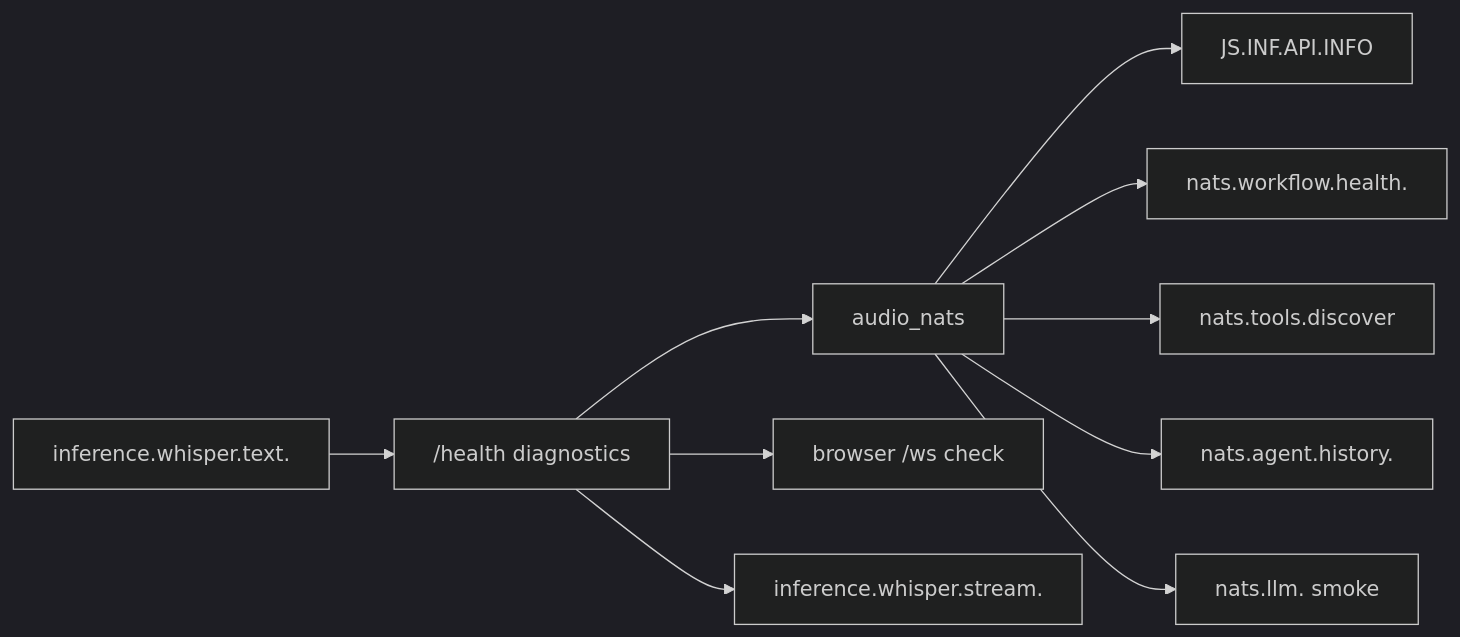
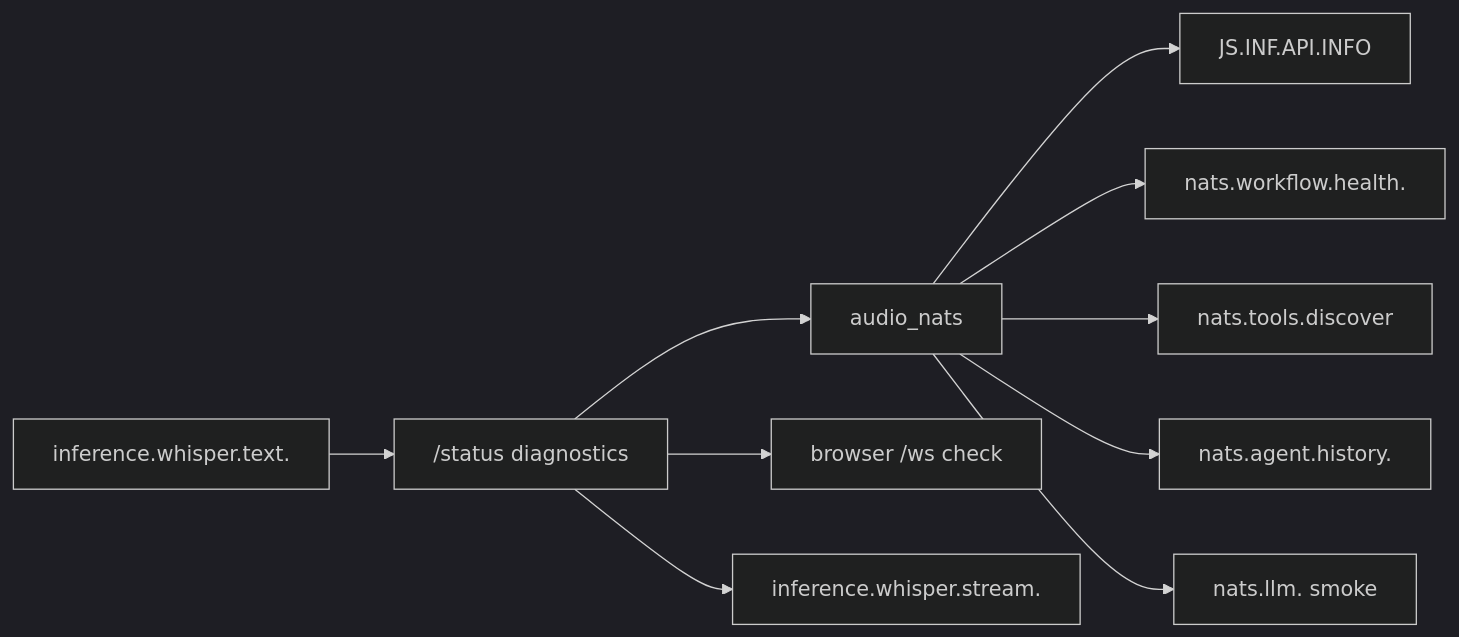
The diagram in DOCS/NATS.md (komaroffsergei/webrtc-komaroff), drawn with Mermaid (dark theme) before and after one commit. The commit also changed other lines of this file and 6 other files, not shown here.

Commit message:
Route status diagnostics through whisper service

````diff
--- a/DOCS/NATS.md
+++ b/DOCS/NATS.md
@@ -45,13 +45,13 @@
 ```mermaid
 flowchart LR
-    H["/health diagnostics"] --> N["audio_nats"]
+    H["/status diagnostics"] --> N["audio_nats"]
     H --> W["browser /ws check"]
 
     N --> Js["JS.INF.API.INFO"]
     N --> Wh["nats.workflow.health.<active>"]
     N --> Td["nats.tools.discover"]
     N --> Hist["nats.agent.history.<user_id>"]
     N --> Llm["nats.llm.<user_id> smoke"]
     H --> AsrIn["inference.whisper.stream.<diagnostics>"]
     AsrOut["inference.whisper.text.<diagnostics>"] --> H
 ```
````
